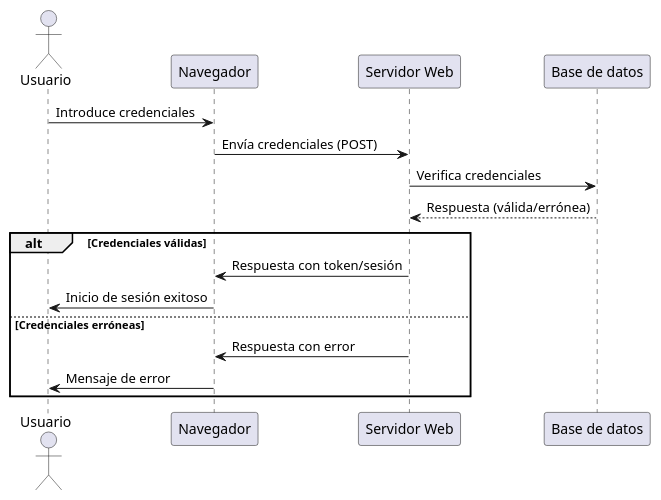
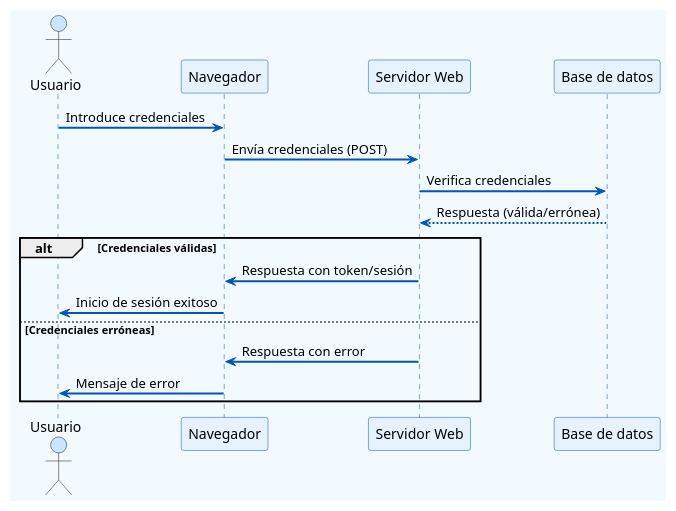
The first of 3 diagrams in docs/src/06_runtime_view.adoc (Arquisoft/wichat_es5b), drawn with PlantUML before and after one commit. The commit also changed other lines of this file, not shown here.

Commit message:
Creado diagrama de secuencia de como se obtiene una pista para una determinada pregunta

```diff
--- a/docs/src/06_runtime_view.adoc
+++ b/docs/src/06_runtime_view.adoc
@@ -46,19 +46,31 @@
 [plantuml,"Sequence diagram",png]
 ----
+@startuml
+skinparam backgroundColor #F2F9FF
+skinparam sequence {
+    ActorBackgroundColor #CCE5FF
+    ParticipantBackgroundColor #E6F3FF
+    ParticipantBorderColor #0056B3
+    LifeLineBorderColor #0056B3
+    LifeLineBackgroundColor #CCE5FF
+    ArrowColor #0056B3
+    ArrowThickness 2
+}
 actor Usuario
 participant Navegador
 participant "Servidor Web" as Servidor_Web
 participant "Base de datos" as Base_de_Datos
 
 Usuario -> Navegador: Introduce credenciales
 Navegador -> Servidor_Web: Envía credenciales (POST)
 Servidor_Web -> Base_de_Datos: Verifica credenciales
 Base_de_Datos --> Servidor_Web: Respuesta (válida/errónea)
 alt Credenciales válidas
     Servidor_Web -> Navegador: Respuesta con token/sesión
     Navegador -> Usuario: Inicio de sesión exitoso
 else Credenciales erróneas
     Servidor_Web -> Navegador: Respuesta con error
     Navegador -> Usuario: Mensaje de error
 end
+@enduml
 ----
```
